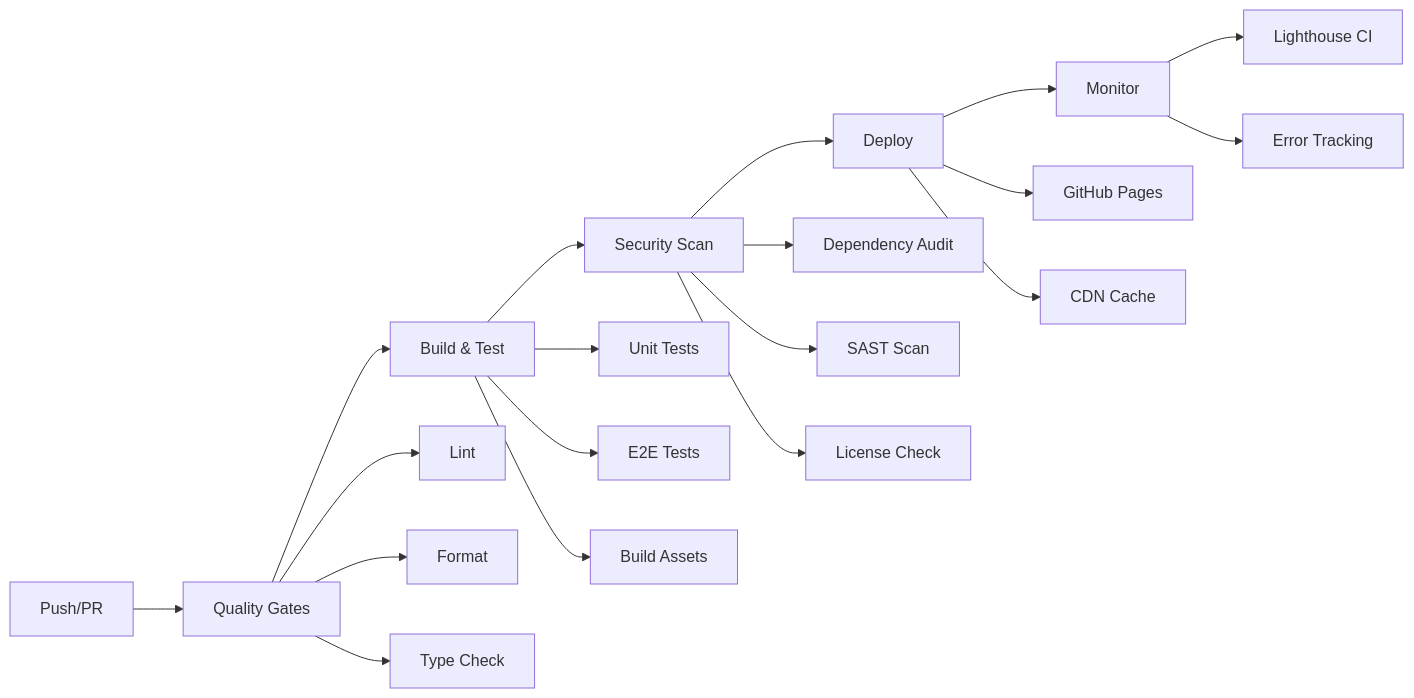
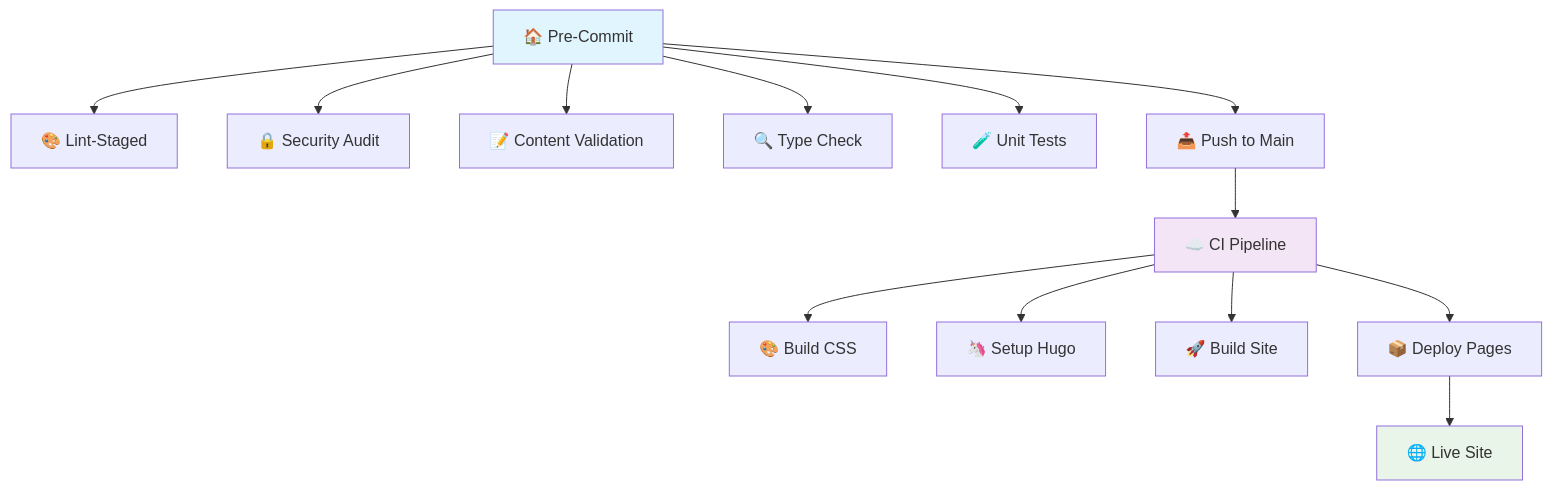
Before and after one commit to techishthoughts/techishthoughts.github.io: the diagram in README.MD, drawn with Mermaid. The commit also changed other lines of this file, not shown here.

First line of the commit message:
docs: update documentation for optimized CI/CD pipeline

````diff
--- a/README.MD
+++ b/README.MD
@@ -1289,26 +1338,22 @@
 ```mermaid
-graph LR
-    A[Push/PR] --> B[Quality Gates]
-    B --> C[Build & Test]
-    C --> D[Security Scan]
-    D --> E[Deploy]
-    E --> F[Monitor]
+graph TD
+    A[🏠 Pre-Commit] --> A1[🎨 Lint-Staged]
+    A --> A2[🔒 Security Audit]
+    A --> A3[📝 Content Validation]
+    A --> A4[🔍 Type Check]
+    A --> A5[🧪 Unit Tests]
 
-    B --> B1[Lint]
-    B --> B2[Format]
-    B --> B3[Type Check]
+    A --> B[📤 Push to Main]
 
-    C --> C1[Unit Tests]
-    C --> C2[E2E Tests]
-    C --> C3[Build Assets]
+    B --> C[☁️ CI Pipeline]
+    C --> C1[🎨 Build CSS]
+    C --> C2[🦄 Setup Hugo]
+    C --> C3[🚀 Build Site]
+    C --> C4[📦 Deploy Pages]
 
-    D --> D1[Dependency Audit]
-    D --> D2[SAST Scan]
-    D --> D3[License Check]
+    C4 --> D[🌐 Live Site]
 
-    E --> E1[GitHub Pages]
-    E --> E2[CDN Cache]
-
-    F --> F1[Lighthouse CI]
-    F --> F2[Error Tracking]
+    style A fill:#e1f5fe
+    style C fill:#f3e5f5
+    style D fill:#e8f5e8
 ```
````
